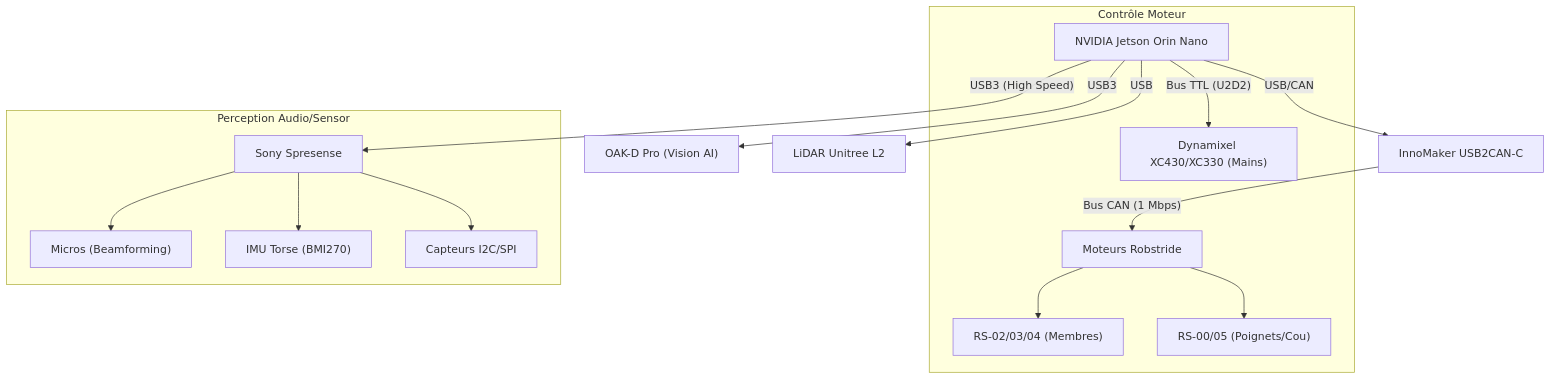
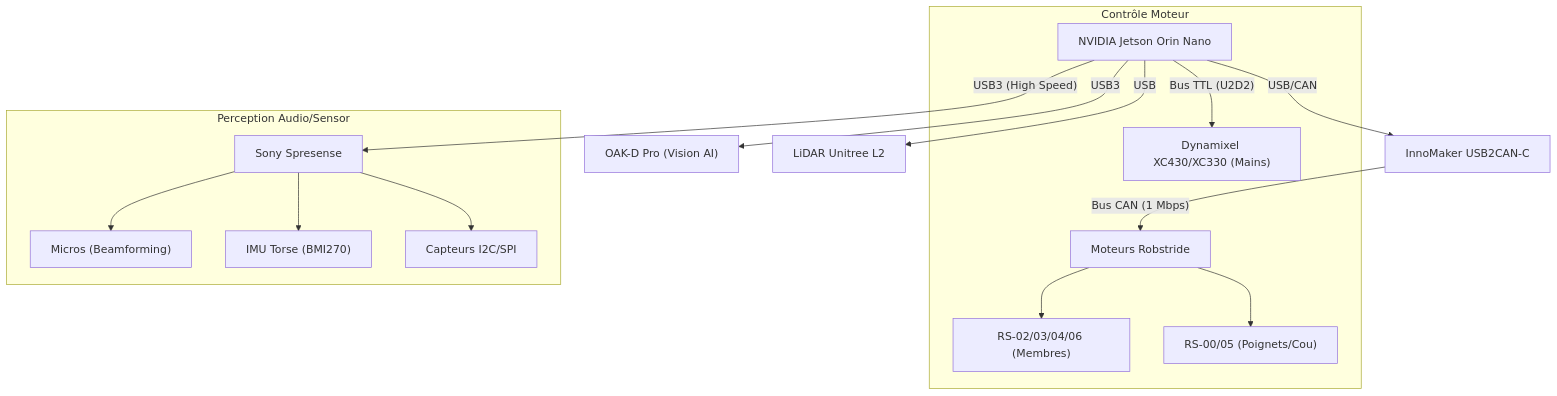
One commit to d-sergent/dbot-documentation changed the diagram in 01_Synthese_Projet.md. Above: the diagram before and after it, drawn with Mermaid. The commit also changed other lines of this file and 6 other files, not shown here.

````diff
--- a/01_Synthese_Projet.md
+++ b/01_Synthese_Projet.md
@@ -35,20 +35,20 @@
 ```mermaid
 graph TD
     A[NVIDIA Jetson Orin Nano] -- "USB3 (High Speed)" --> B[Sony Spresense]
     A -- USB/CAN --> C["InnoMaker USB2CAN-C"]
     C -- "Bus CAN (1 Mbps)" --> D[Moteurs Robstride]
     A -- USB3 --> E["OAK-D Pro (Vision AI)"]
     A -- USB --> F[LiDAR Unitree L2]
 
     subgraph "Contrôle Moteur"
-    D --> D1["RS-02/03/04 (Membres)"]
+    D --> D1["RS-02/03/04/06 (Membres)"]
     D --> D2["RS-00/05 (Poignets/Cou)"]
     A -- "Bus TTL (U2D2)" --> D3["Dynamixel XC430/XC330 (Mains)"]
     end
 
     subgraph "Perception Audio/Sensor"
     B --> B1["Micros (Beamforming)"]
     B --> B2["IMU Torse (BMI270)"]
     B --> B3[Capteurs I2C/SPI]
     end
 ```
````
